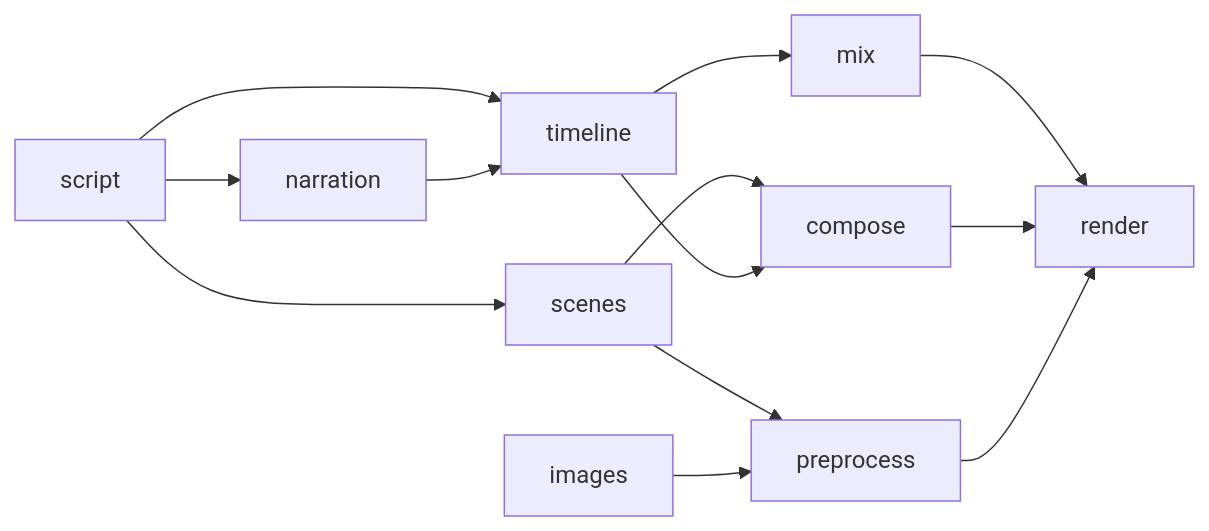
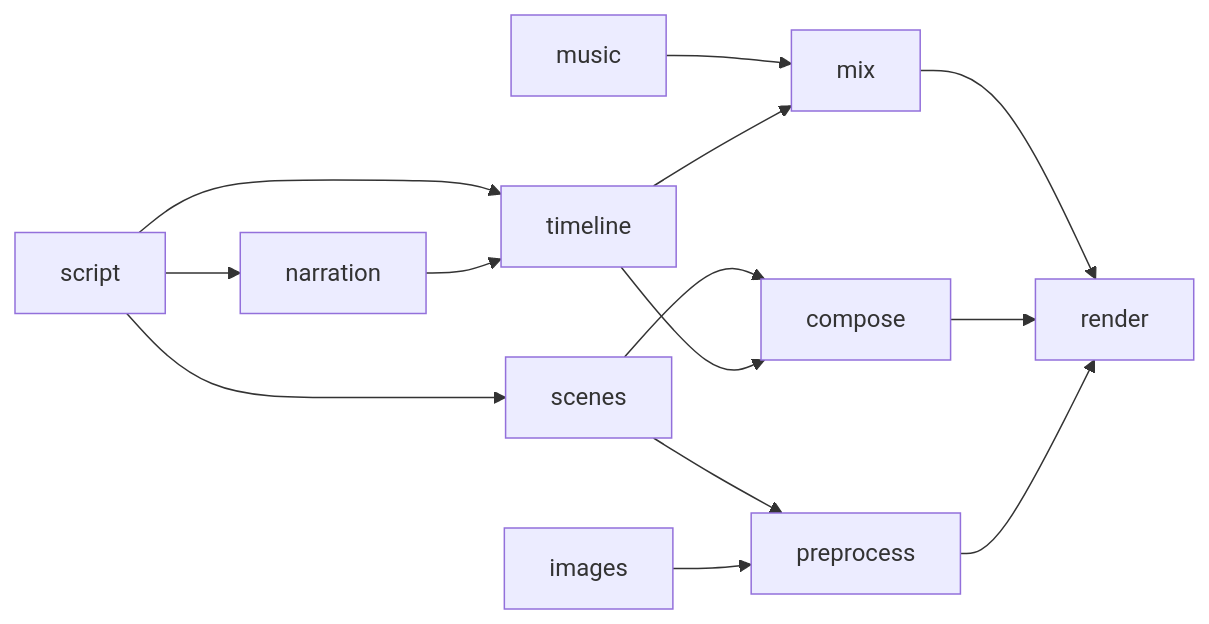
Before and after one commit to PiresDBA/videomaker: the second of 9 diagrams in MANUAL_GRAFOS.md, drawn with Mermaid. The commit also changed other lines of this file and 4 other files, not shown here.

````diff
--- a/MANUAL_GRAFOS.md
+++ b/MANUAL_GRAFOS.md
@@ -332,15 +380,16 @@
 ```mermaid
 flowchart LR
     script --> scenes
     script --> narration
     script --> timeline
     scenes --> preprocess
     scenes --> compose
     images --> preprocess
+    music --> mix
     narration --> timeline
     timeline --> mix
     timeline --> compose
     mix --> render
     compose --> render
     preprocess --> render
 ```
````
